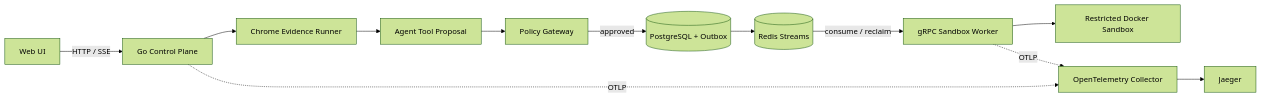
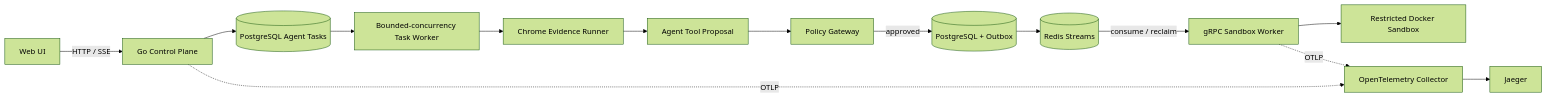
The diagram in README.md (sdaAlbert/liveguard), drawn with Mermaid (forest theme) before and after one commit. The commit also changed other lines of this file and 17 other files, not shown here.

````diff
--- a/README.md
+++ b/README.md
@@ -46,14 +46,16 @@
 ```mermaid
 flowchart LR
     U[Web UI] -->|HTTP / SSE| C[Go Control Plane]
-    C --> B[Chrome Evidence Runner]
+    C --> T[(PostgreSQL Agent Tasks)]
+    T --> W[Bounded-concurrency Task Worker]
+    W --> B[Chrome Evidence Runner]
     B --> A[Agent Tool Proposal]
     A --> P[Policy Gateway]
     P -->|approved| DB[(PostgreSQL + Outbox)]
     DB --> Q[(Redis Streams)]
     Q -->|consume / reclaim| G[gRPC Sandbox Worker]
     G --> D[Restricted Docker Sandbox]
     C -. OTLP .-> O[OpenTelemetry Collector]
     G -. OTLP .-> O
     O --> J[Jaeger]
 ```
````
